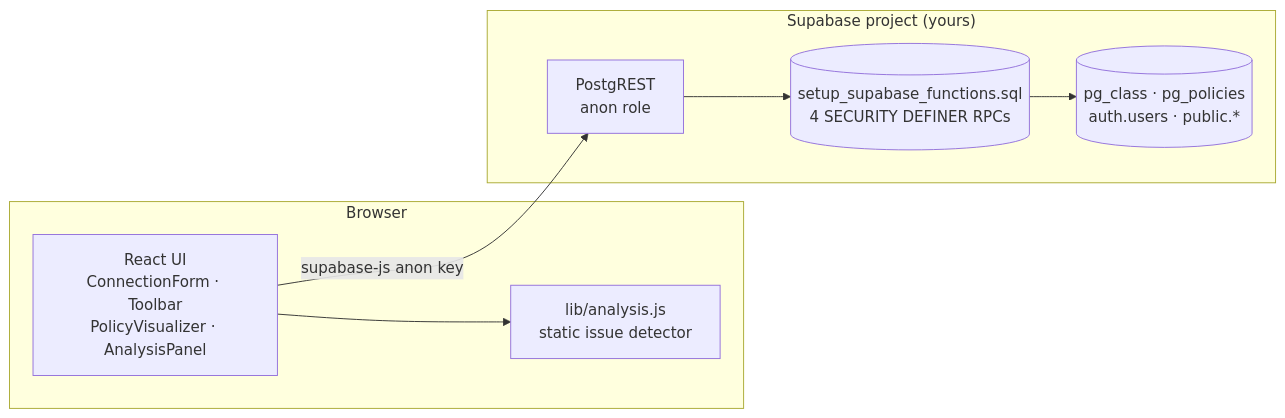
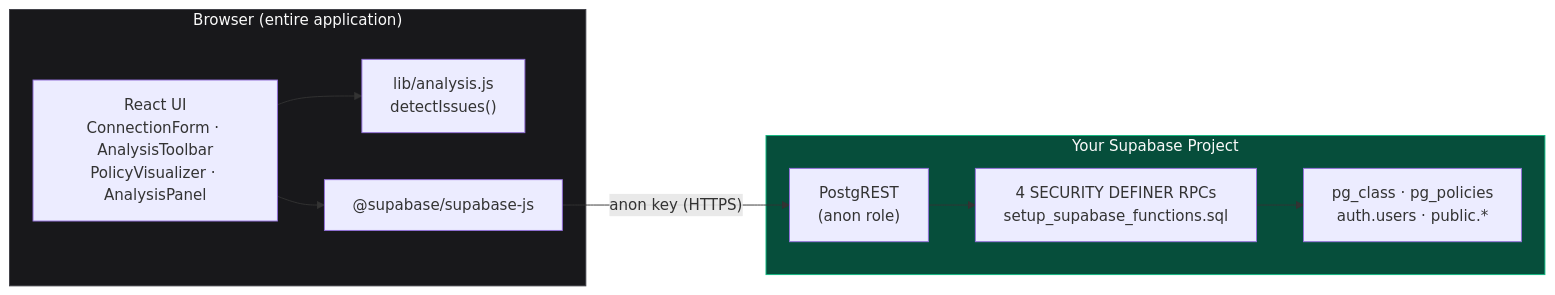
The first of 5 diagrams in README.md (habinrahman/rls-inspector), drawn with Mermaid before and after one commit. The commit also changed other lines of this file, not shown here.

Commit message:
docs: generate comprehensive README and architectural documentation

````diff
--- a/README.md
+++ b/README.md
@@ -99,15 +121,22 @@
 ```mermaid
 flowchart LR
-  subgraph Browser
-    UI[React UI<br/>ConnectionForm · Toolbar<br/>PolicyVisualizer · AnalysisPanel]
-    Lib[lib/analysis.js<br/>static issue detector]
-    UI --> Lib
+  subgraph Browser["Browser (entire application)"]
+    UI["React UI<br/>ConnectionForm · AnalysisToolbar<br/>PolicyVisualizer · AnalysisPanel"]
+    Engine["lib/analysis.js<br/>detectIssues()"]
+    SDK["@supabase/supabase-js"]
+    UI --> Engine
+    UI --> SDK
   end
-  subgraph "Supabase project (yours)"
-    PostgREST[PostgREST<br/>anon role]
-    Helpers[(setup_supabase_functions.sql<br/>4 SECURITY DEFINER RPCs)]
-    Catalog[(pg_class · pg_policies<br/>auth.users · public.*)]
-    PostgREST --> Helpers --> Catalog
+
+  subgraph Supabase["Your Supabase Project"]
+    PostgREST["PostgREST<br/>(anon role)"]
+    RPCs["4 SECURITY DEFINER RPCs<br/>setup_supabase_functions.sql"]
+    Catalog["pg_class · pg_policies<br/>auth.users · public.*"]
+    PostgREST --> RPCs --> Catalog
   end
-  UI -- supabase-js anon key --> PostgREST
+
+  SDK -- "anon key (HTTPS)" --> PostgREST
+
+  style Browser fill:#18181b,stroke:#3f3f46,color:#fafafa
+  style Supabase fill:#064e3b,stroke:#10b981,color:#fafafa
 ```
````
